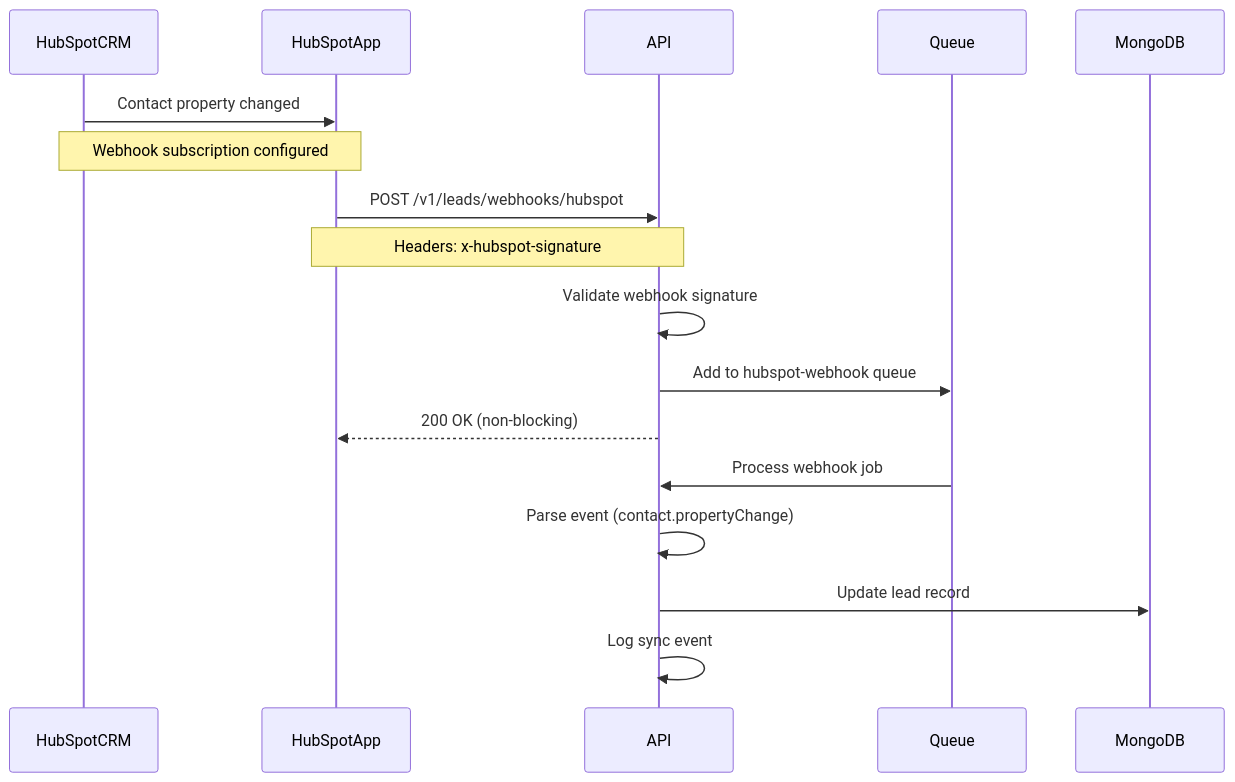
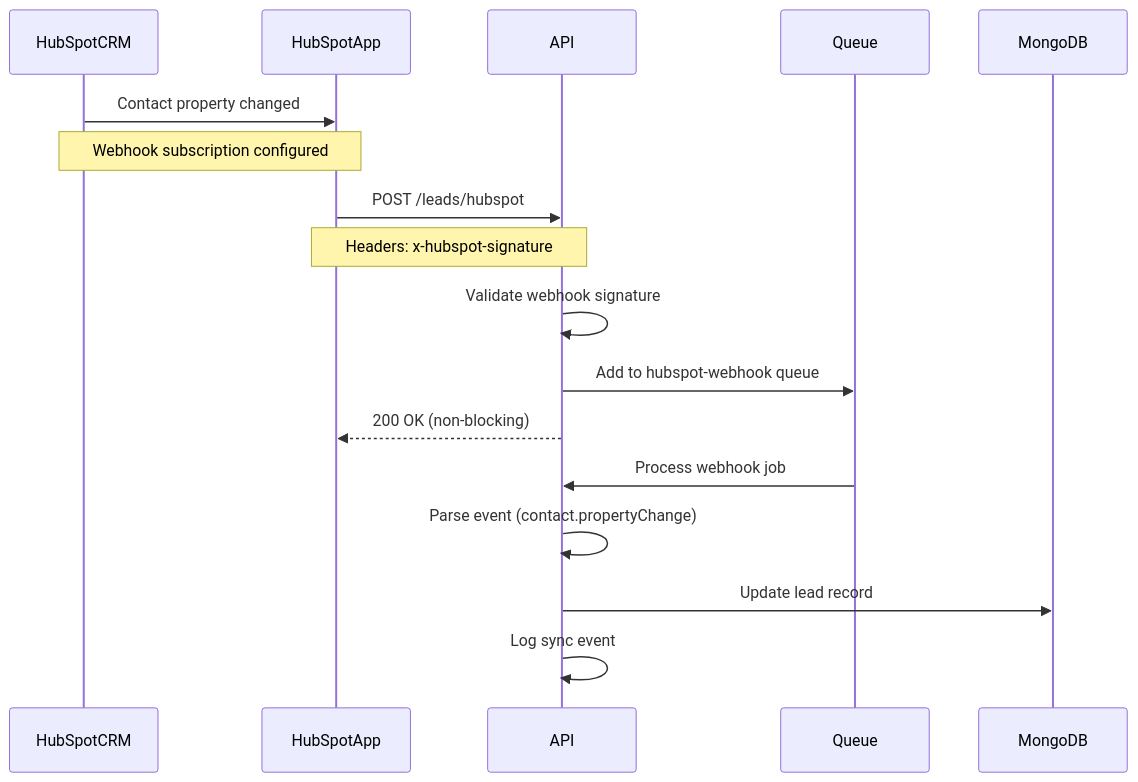
Before and after one commit to partner-connector/.github: the fifth of 9 diagrams in ARCHITECTURE.md, drawn with Mermaid. The commit also changed 3 other files, not shown here.

First line of the commit message:
docs: fix HubSpot webhook URL in documentation

````diff
--- a/ARCHITECTURE.md
+++ b/ARCHITECTURE.md
@@ -461,20 +461,20 @@
 ```mermaid
 sequenceDiagram
     participant HubSpotCRM
     participant HubSpotApp
     participant API
     participant Queue
     participant MongoDB
 
     HubSpotCRM->>HubSpotApp: Contact property changed
     Note over HubSpotCRM,HubSpotApp: Webhook subscription configured
-    HubSpotApp->>API: POST /v1/leads/webhooks/hubspot
+    HubSpotApp->>API: POST /leads/hubspot
     Note over HubSpotApp,API: Headers: x-hubspot-signature
     API->>API: Validate webhook signature
     API->>Queue: Add to hubspot-webhook queue
     API-->>HubSpotApp: 200 OK (non-blocking)
     Queue->>API: Process webhook job
     API->>API: Parse event (contact.propertyChange)
     API->>MongoDB: Update lead record
     API->>API: Log sync event
 ```
````
